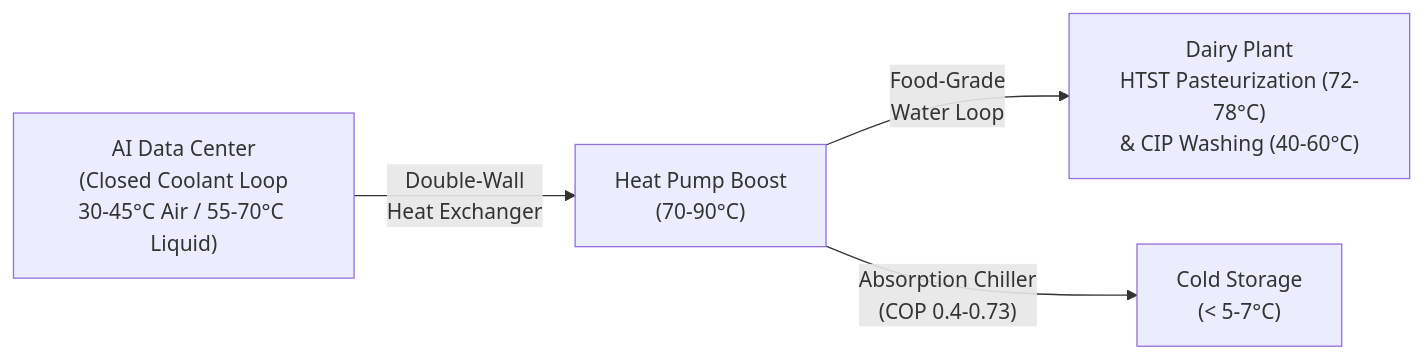
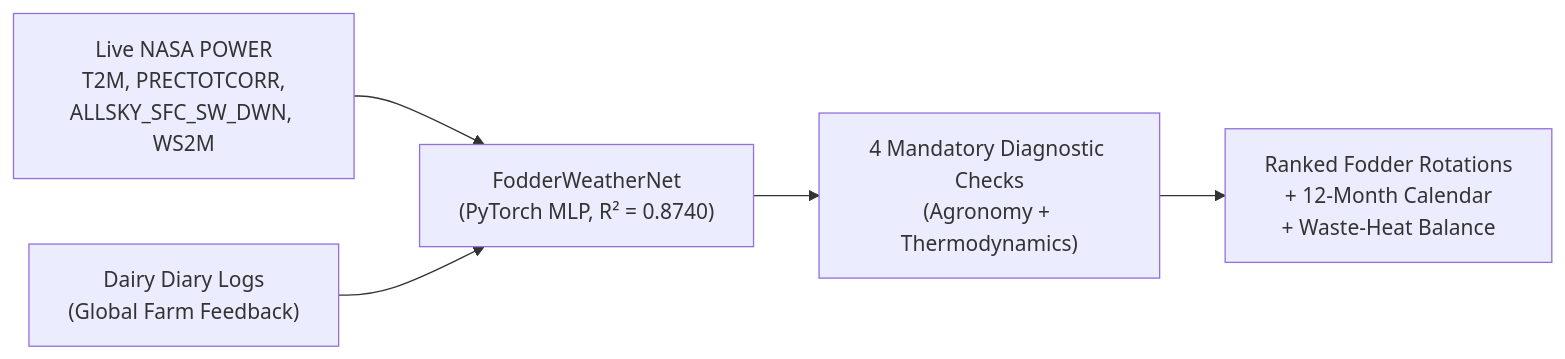
The diagram in docs/index.md (evecount/milkyways_NASA), drawn with Mermaid before and after one commit. The commit also changed other lines of this file and 1 other file, not shown here.

Commit message:
docs: populate left sidebar nav and lead Home with Deep Learning + Diagnostic architecture

````diff
--- a/docs/index.md
+++ b/docs/index.md
@@ -23,6 +21,7 @@
 ```mermaid
 flowchart LR
-    DC["AI Data Center<br/>(Closed Coolant Loop<br/>30-45°C Air / 55-70°C Liquid)"] -->|"Double-Wall<br/>Heat Exchanger"| HP["Heat Pump Boost<br/>(70-90°C)"]
-    HP -->|"Food-Grade<br/>Water Loop"| DP["Dairy Plant<br/>HTST Pasteurization (72-78°C)<br/>& CIP Washing (40-60°C)"]
-    HP -->|"Absorption Chiller<br/>(COP 0.4-0.73)"| CS["Cold Storage<br/>(< 5-7°C)"]
+    NP["Live NASA POWER<br/>T2M, PRECTOTCORR,<br/>ALLSKY_SFC_SW_DWN, WS2M"] --> DL["FodderWeatherNet<br/>(PyTorch MLP, R² = 0.8740)"]
+    DD["Dairy Diary Logs<br/>(Global Farm Feedback)"] --> DL
+    DL --> CHK["4 Mandatory Diagnostic Checks<br/>(Agronomy + Thermodynamics)"]
+    CHK --> OUT["Ranked Fodder Rotations<br/>+ 12-Month Calendar<br/>+ Waste-Heat Balance"]
 ```
````
